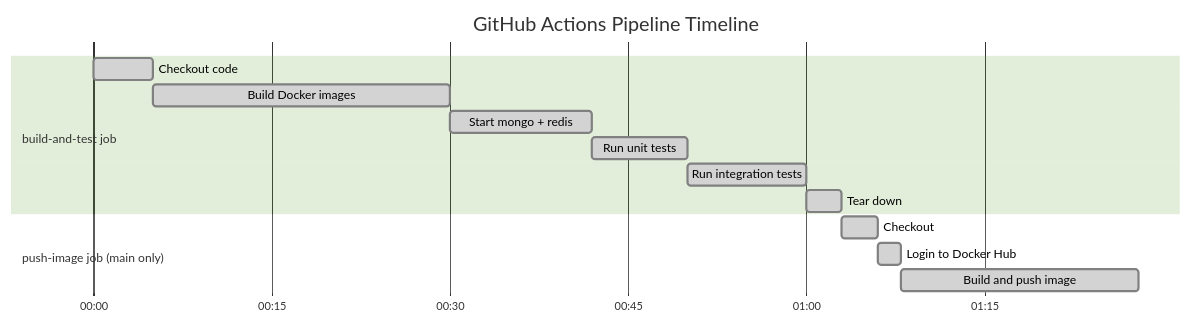
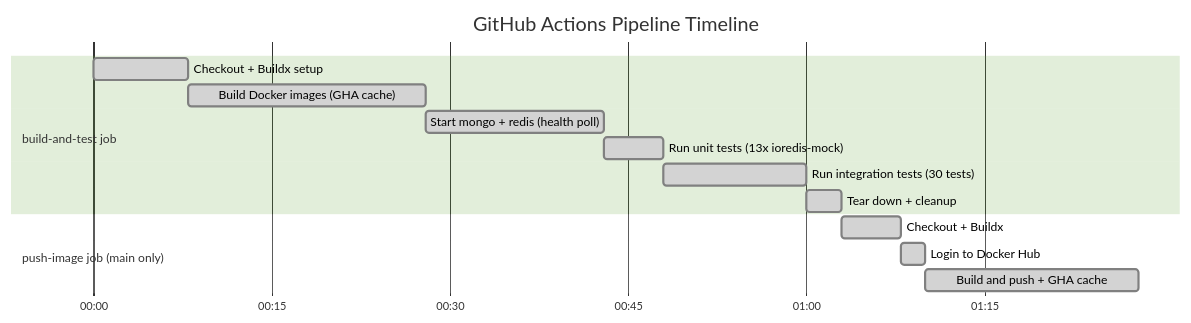
Diagram 14 of 16 in projectdocumentation.md (ramalokeshreddyp/RateGuard), drawn with Mermaid (forest theme) before and after one commit. The commit also changed other lines of this file and 2 other files, not shown here.

Commit message:
docs: comprehensive rewrite of README, ARCHITECTURE, and projectdocumentation (v2.0) - 43 tests, GET /clients/:id, X-RateLimit-* headers, BCRYPT_ROUNDS, ioredis-mock, .dockerignore

````diff
--- a/projectdocumentation.md
+++ b/projectdocumentation.md
@@ -625,19 +672,19 @@
 ```mermaid
 gantt
     title GitHub Actions Pipeline Timeline
     dateFormat  mm:ss
     axisFormat  %M:%S
 
     section build-and-test job
-    Checkout code         :done, b1, 00:00, 5s
-    Build Docker images   :done, b2, after b1, 25s
-    Start mongo + redis   :done, b3, after b2, 12s
-    Run unit tests        :done, b4, after b3, 8s
-    Run integration tests :done, b5, after b4, 10s
-    Tear down             :done, b6, after b5, 3s
+    Checkout + Buildx setup   :done, b1, 00:00, 8s
+    Build Docker images (GHA cache) :done, b2, after b1, 20s
+    Start mongo + redis (health poll) :done, b3, after b2, 15s
+    Run unit tests (13x ioredis-mock) :done, b4, after b3, 5s
+    Run integration tests (30 tests) :done, b5, after b4, 12s
+    Tear down + cleanup       :done, b6, after b5, 3s
 
     section push-image job (main only)
-    Checkout              :done, p1, after b6, 3s
-    Login to Docker Hub   :done, p2, after p1, 2s
-    Build and push image  :done, p3, after p2, 20s
+    Checkout + Buildx         :done, p1, after b6, 5s
+    Login to Docker Hub       :done, p2, after p1, 2s
+    Build and push + GHA cache :done, p3, after p2, 18s
 ```
````
